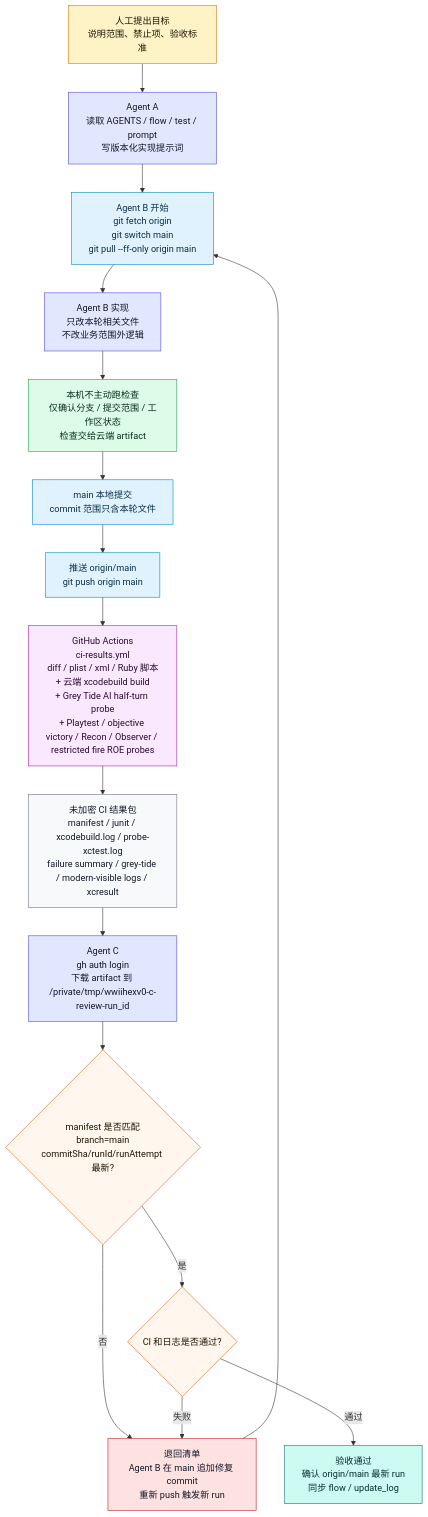
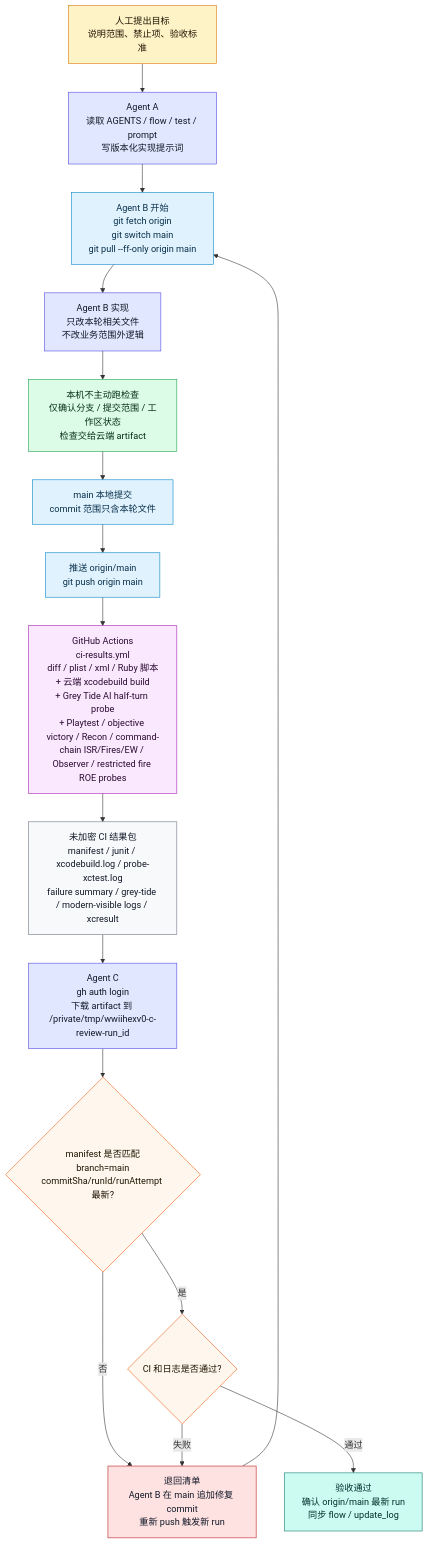
Before and after one commit to Altman-sam114/127: the first of 20 diagrams in md/flow/flowchart.md, drawn with Mermaid. The commit also changed other lines of this file and 8 other files, not shown here.

Commit message:
feat: bridge command-chain ew

````diff
--- a/md/flow/flowchart.md
+++ b/md/flow/flowchart.md
@@ -33,33 +33,33 @@
 ```mermaid
 flowchart TD
     HUMAN["人工提出目标<br/>说明范围、禁止项、验收标准"]:::input
     A["Agent A<br/>读取 AGENTS / flow / test / prompt<br/>写版本化实现提示词"]:::agent
     B0["Agent B 开始<br/>git fetch origin<br/>git switch main<br/>git pull --ff-only origin main"]:::git
     B1["Agent B 实现<br/>只改本轮相关文件<br/>不改业务范围外逻辑"]:::agent
     LOCAL["本机不主动跑检查<br/>仅确认分支 / 提交范围 / 工作区状态<br/>检查交给云端 artifact"]:::check
     COMMIT["main 本地提交<br/>commit 范围只含本轮文件"]:::git
     PUSH["推送 origin/main<br/>git push origin main"]:::git
-    GHA["GitHub Actions<br/>ci-results.yml<br/>diff / plist / xml / Ruby 脚本<br/>+ 云端 xcodebuild build<br/>+ Grey Tide AI half-turn probe<br/>+ Playtest / objective victory / Recon / Observer / restricted fire ROE probes"]:::cloud
+    GHA["GitHub Actions<br/>ci-results.yml<br/>diff / plist / xml / Ruby 脚本<br/>+ 云端 xcodebuild build<br/>+ Grey Tide AI half-turn probe<br/>+ Playtest / objective victory / Recon / command-chain ISR/Fires/EW / Observer / restricted fire ROE probes"]:::cloud
     ART["未加密 CI 结果包<br/>manifest / junit / xcodebuild.log / probe-xctest.log<br/>failure summary / grey-tide / modern-visible logs / xcresult"]:::artifact
     C0["Agent C<br/>gh auth login<br/>下载 artifact 到 /private/tmp/wwiihexv0-c-review-run_id"]:::agent
     C1{"manifest 是否匹配<br/>branch=main<br/>commitSha/runId/runAttempt 最新?"}:::decision
     C2{"CI 和日志是否通过?"}:::decision
     REJECT["退回清单<br/>Agent B 在 main 追加修复 commit<br/>重新 push 触发新 run"]:::stop
     ACCEPT["验收通过<br/>确认 origin/main 最新 run<br/>同步 flow / update_log"]:::ok
 
     HUMAN --> A --> B0 --> B1 --> LOCAL --> COMMIT --> PUSH --> GHA --> ART --> C0 --> C1
     C1 -->|否| REJECT --> B0
     C1 -->|是| C2
     C2 -->|失败| REJECT
     C2 -->|通过| ACCEPT
 
     classDef input fill:#fef3c7,stroke:#d97706,color:#1f1600
     classDef agent fill:#e0e7ff,stroke:#4f46e5,color:#111827
     classDef git fill:#e0f2fe,stroke:#0284c7,color:#082f49
     classDef check fill:#dcfce7,stroke:#16a34a,color:#052e16
     classDef cloud fill:#fae8ff,stroke:#a21caf,color:#2a0a2f
     classDef artifact fill:#f8f9fb,stroke:#6b7280,color:#111827
     classDef decision fill:#fff7ed,stroke:#ea580c,color:#1f1300
     classDef stop fill:#fee2e2,stroke:#b91c1c,color:#111827
     classDef ok fill:#ccfbf1,stroke:#0f766e,color:#042f2e
 ```
````
